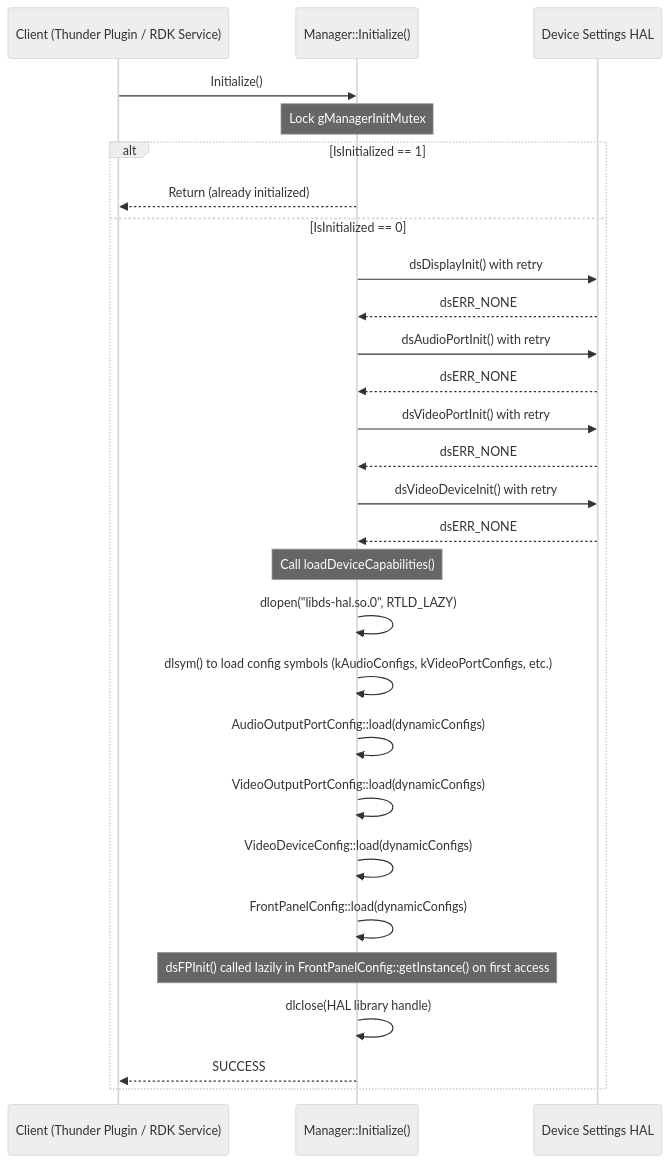
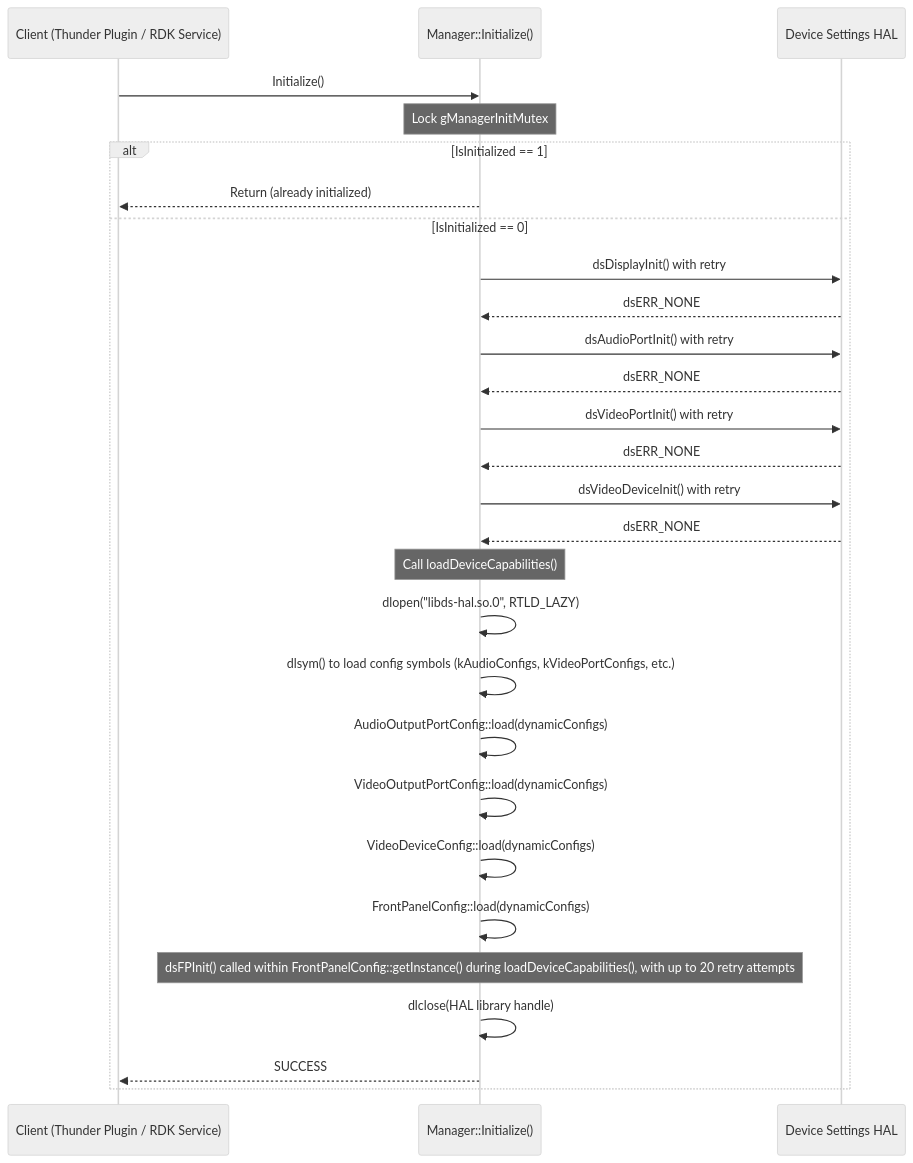
Before and after one commit to rdkcentral/devicesettings: the fourth of 8 diagrams in README.md, drawn with Mermaid (neutral theme). The commit also changed other lines of this file, not shown here.

````diff
--- a/README.md
+++ b/README.md
@@ -381,32 +381,32 @@
 ```mermaid
 sequenceDiagram
     participant Client as Client (Thunder Plugin / RDK Service)
     participant Manager as Manager::Initialize()
     participant HAL as Device Settings HAL
 
     Client->>Manager: Initialize()
     Note over Manager: Lock gManagerInitMutex
     alt IsInitialized == 1
         Manager-->>Client: Return (already initialized)
     else IsInitialized == 0
         Manager->>HAL: dsDisplayInit() with retry
         HAL-->>Manager: dsERR_NONE
         Manager->>HAL: dsAudioPortInit() with retry
         HAL-->>Manager: dsERR_NONE
         Manager->>HAL: dsVideoPortInit() with retry
         HAL-->>Manager: dsERR_NONE
         Manager->>HAL: dsVideoDeviceInit() with retry
         HAL-->>Manager: dsERR_NONE
 
         Note over Manager: Call loadDeviceCapabilities()
         Manager->>Manager: dlopen("libds-hal.so.0", RTLD_LAZY)
         Manager->>Manager: dlsym() to load config symbols (kAudioConfigs, kVideoPortConfigs, etc.)
         Manager->>Manager: AudioOutputPortConfig::load(dynamicConfigs)
         Manager->>Manager: VideoOutputPortConfig::load(dynamicConfigs)
         Manager->>Manager: VideoDeviceConfig::load(dynamicConfigs)
         Manager->>Manager: FrontPanelConfig::load(dynamicConfigs)
-        Note over Manager: dsFPInit() called lazily in FrontPanelConfig::getInstance() on first access
+        Note over Manager: dsFPInit() called within FrontPanelConfig::getInstance() during loadDeviceCapabilities(), with up to 20 retry attempts
         Manager->>Manager: dlclose(HAL library handle)
         Manager-->>Client: SUCCESS
     end
 ```
````
